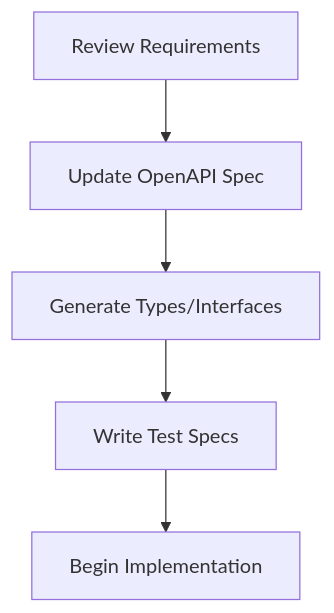
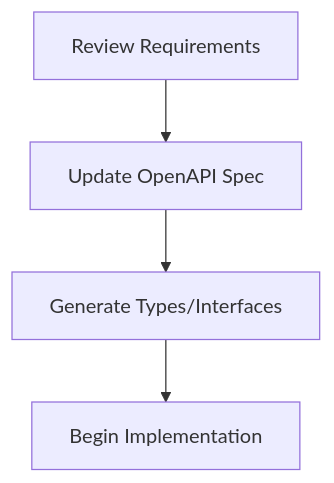
The first of 2 diagrams in docs/development/cursor_workflow.md (korykilpatrick/HelpHut), drawn with Mermaid before and after one commit. The commit also changed other lines of this file and 112 other files, not shown here.

````diff
--- a/docs/development/cursor_workflow.md
+++ b/docs/development/cursor_workflow.md
@@ -6,7 +6,6 @@
 ```mermaid
 graph TD
     A[Review Requirements] --> B[Update OpenAPI Spec]
     B --> C[Generate Types/Interfaces]
-    C --> D[Write Test Specs]
-    D --> E[Begin Implementation]
+    C --> D[Begin Implementation]
 ```
````
